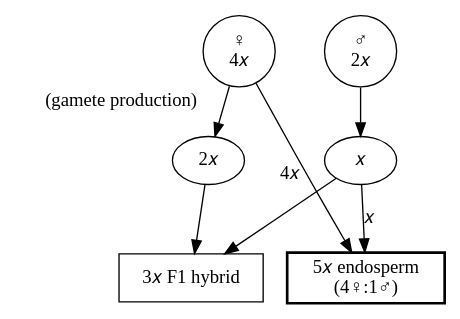
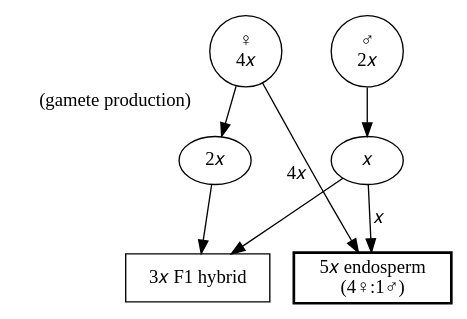
The diagram in figures/crosses/diploid_tetraploid_hybridisation1.dot (Euphrasiologist/cross_ploidy), drawn with Graphviz before and after one commit. The commit also changed 9 other files, not shown here.

Commit message:
Make the crossing diagrams interactive.

```diff
--- a/figures/crosses/diploid_tetraploid_hybridisation1.dot
+++ b/figures/crosses/diploid_tetraploid_hybridisation1.dot
@@ -1,16 +1,16 @@
 digraph "Diploid-tetraploid hybridisation" {
-"♀
-4𝑥" -> "2𝑥" [xlabel="  (gamete production)"]
-"♂
-2𝑥" -> "𝑥" 
-"3𝑥 F1 hybrid" [shape="box"]
-"5𝑥 endosperm
-(4♀:1♂)" [shape="box", style="bold"]
-"𝑥" -> "3𝑥 F1 hybrid" 
-"2𝑥" -> "3𝑥 F1 hybrid" 
-"𝑥" -> "5𝑥 endosperm
-(4♀:1♂)" [label="𝑥"]
-"♀
-4𝑥" -> "5𝑥 endosperm
-(4♀:1♂)" [xlabel="4𝑥  "]
+    // nodes
+    maternal [ label = "♀\n4𝑥" class = "diploid_tetraploid_hybridisation1 hybrid_outcome endosperm_outcome" ]
+    maternal_gamete [ label = "2𝑥" class = "diploid_tetraploid_hybridisation1 hybrid_outcome" ]
+    paternal [ label = "♂\n2𝑥" class = "diploid_tetraploid_hybridisation1 hybrid_outcome endosperm_outcome" ]
+    paternal_gamete [ label = "𝑥" class = "diploid_tetraploid_hybridisation1 hybrid_outcome endosperm_outcome" ]
+    hybrid_outcome [ label = "3𝑥 F1 hybrid" shape = "box" class = "diploid_tetraploid_hybridisation1 hybrid_outcome onhover" ]
+    endosperm [ label = "5𝑥 endosperm\n(4♀:1♂)" shape = "box" style = "bold" class = "diploid_tetraploid_hybridisation1 endosperm_outcome onhover" ]
+    // edges
+    maternal -> maternal_gamete [xlabel="(gamete production)   " class = "diploid_tetraploid_hybridisation1 hybrid_outcome" ]
+    paternal -> paternal_gamete [ class = "diploid_tetraploid_hybridisation1 hybrid_outcome endosperm_outcome" ]
+    maternal_gamete -> hybrid_outcome [ class = "diploid_tetraploid_hybridisation1 hybrid_outcome" ]
+    paternal_gamete -> hybrid_outcome [ class = "diploid_tetraploid_hybridisation1 hybrid_outcome" ]
+    maternal -> endosperm [ xlabel="4𝑥  " class = "diploid_tetraploid_hybridisation1 endosperm_outcome" ]
+    paternal_gamete -> endosperm [ label=" 𝑥" class = "diploid_tetraploid_hybridisation1 endosperm_outcome" ]
 }
```
